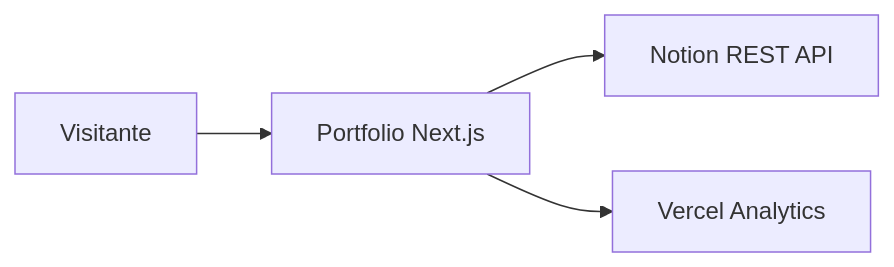
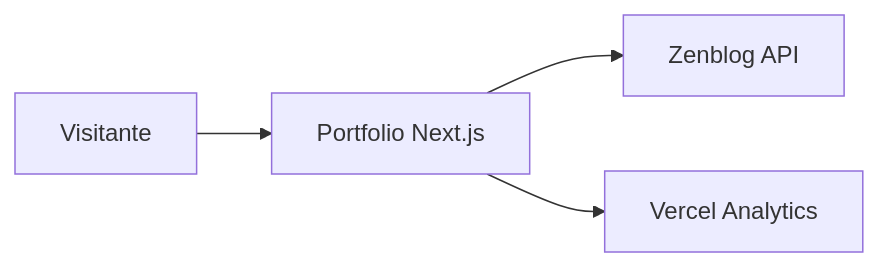
The first of 3 diagrams in docs/architecture/diagrams.md (JaviCeRodriguez/javier-portfolio), drawn with Mermaid before and after one commit. The commit also changed other lines of this file and 28 other files, not shown here.

Commit message:
feat(002-zenblog-mermaid-poc): migrate blog to Zenblog

````diff
--- a/docs/architecture/diagrams.md
+++ b/docs/architecture/diagrams.md
@@ -5,6 +5,6 @@
 ```mermaid
 flowchart LR
   Visitor[Visitante] --> Portfolio[Portfolio Next.js]
-  Portfolio --> Notion[Notion REST API]
+  Portfolio --> Zenblog[Zenblog API]
   Portfolio --> Vercel[Vercel Analytics]
 ```
````
